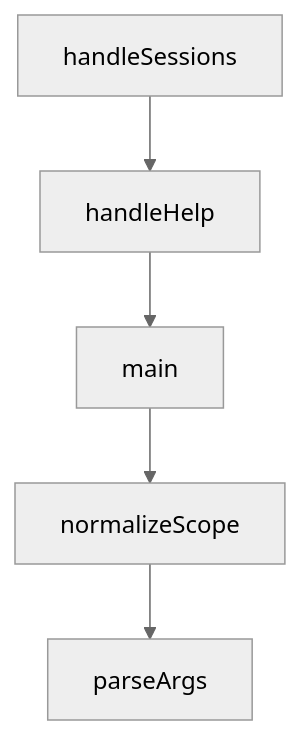
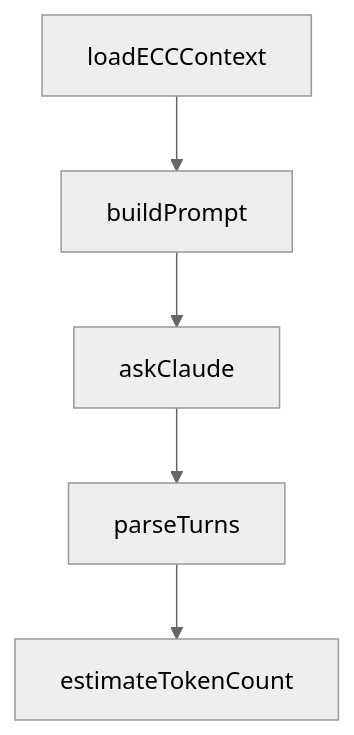
The diagram in tutorials/everything-claude-code-tutorial/03-installation-modes-and-rules-strategy.md (johnxie/awesome-code-docs), drawn with Mermaid (neutral theme) before and after one commit. The commit also changed other lines of this file and 1232 other files, not shown here.

````diff
--- a/tutorials/everything-claude-code-tutorial/03-installation-modes-and-rules-strategy.md
+++ b/tutorials/everything-claude-code-tutorial/03-installation-modes-and-rules-strategy.md
@@ -217,12 +215,12 @@
 ```mermaid
 flowchart TD
-    A[handleSessions]
-    B[handleHelp]
-    C[main]
-    D[normalizeScope]
-    E[parseArgs]
+    A[loadECCContext]
+    B[buildPrompt]
+    C[askClaude]
+    D[parseTurns]
+    E[estimateTokenCount]
     A --> B
     B --> C
     C --> D
     D --> E
 ```
````
